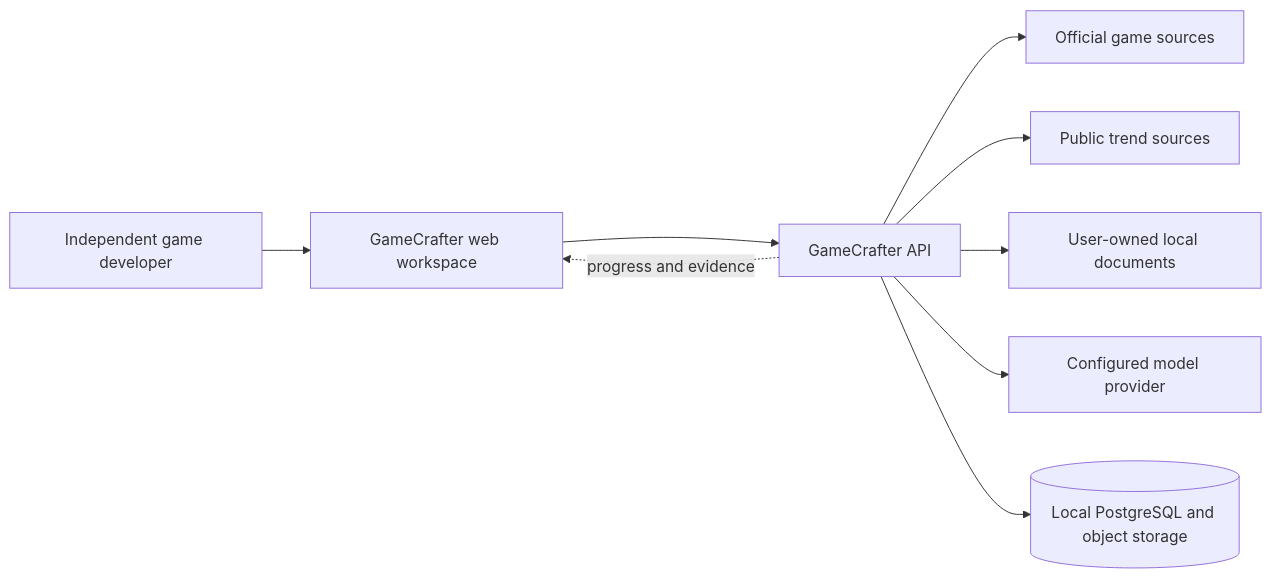
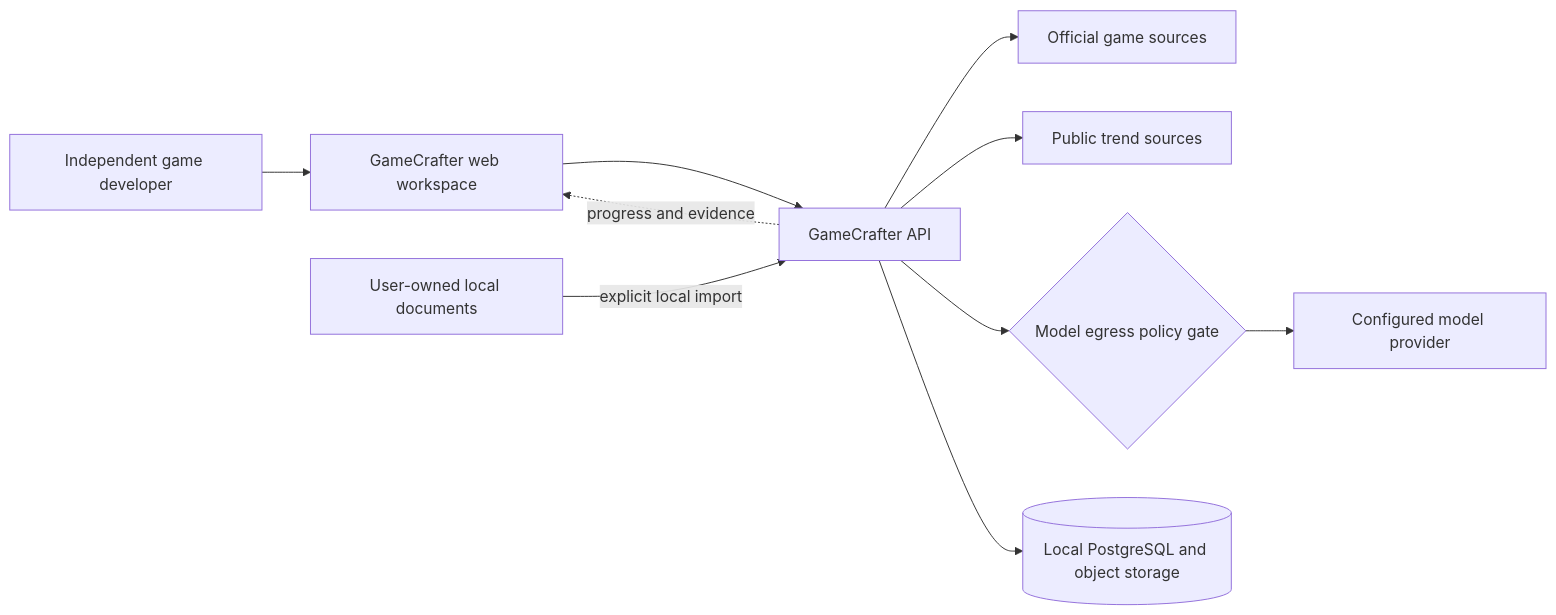
Before and after one commit to Wenqi77Zhang/GameCrafter-Agent: the first of 4 diagrams in docs/architecture/system-architecture.md, drawn with Mermaid. The commit also changed other lines of this file and 9 other files, not shown here.

Commit message:
tighten M0 architecture and health UX

````diff
--- a/docs/architecture/system-architecture.md
+++ b/docs/architecture/system-architecture.md
@@ -7,19 +7,20 @@
 ```mermaid
 flowchart LR
     USER["Independent game developer"]
     WEB["GameCrafter web workspace"]
     API["GameCrafter API"]
     MODEL["Configured model provider"]
     OFFICIAL["Official game sources"]
     TREND["Public trend sources"]
     FILES["User-owned local documents"]
+    EGRESS{"Model egress policy gate"}
     DB[("Local PostgreSQL and object storage")]
 
     USER --> WEB --> API
     API --> OFFICIAL
     API --> TREND
-    API --> FILES
-    API --> MODEL
+    FILES -->|"explicit local import"| API
+    API --> EGRESS --> MODEL
     API --> DB
     API -. "progress and evidence" .-> WEB
 ```
````
